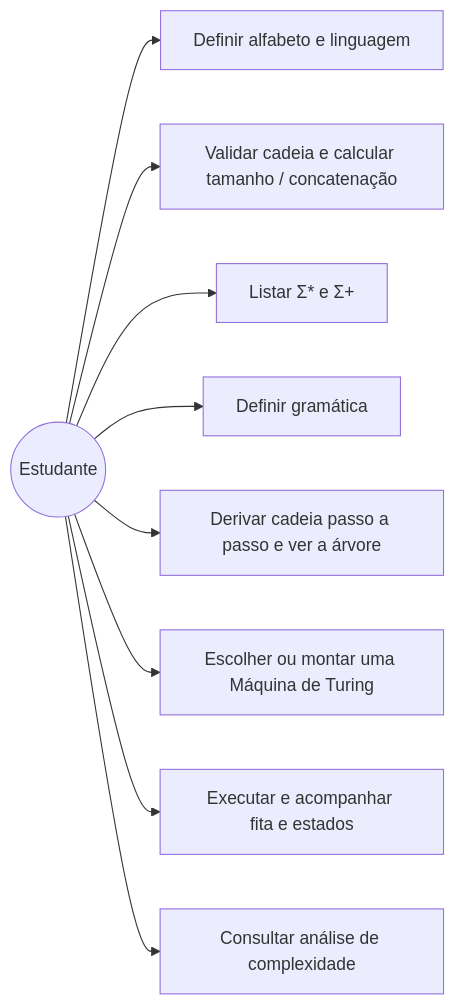
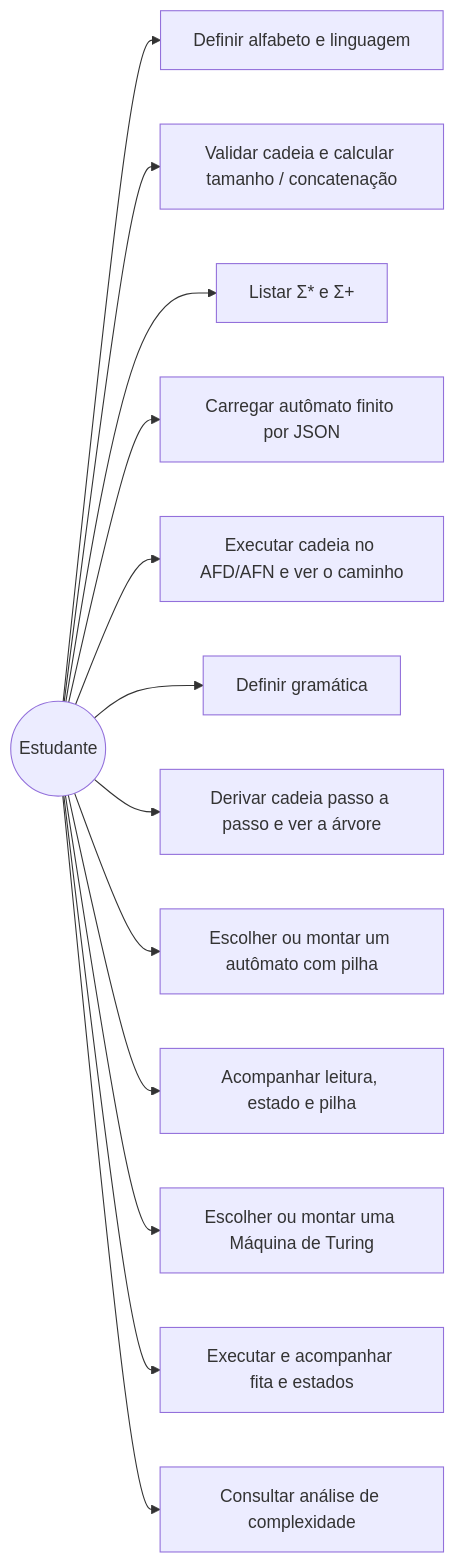
One commit to GustavoFHB/Trabalho-final changed the seventh of 7 diagrams in docs/ARQUITETURA.md. Above: the diagram before and after it, drawn with Mermaid. The commit also changed other lines of this file and 49 other files, not shown here.

````diff
--- a/docs/ARQUITETURA.md
+++ b/docs/ARQUITETURA.md
@@ -273,12 +425,16 @@
 ```mermaid
 flowchart LR
     E((Estudante))
     E --> UC1[Definir alfabeto e linguagem]
     E --> UC2[Validar cadeia e calcular tamanho / concatenação]
     E --> UC3[Listar Σ* e Σ+]
+    E --> UC9[Carregar autômato finito por JSON]
+    E --> UC10[Executar cadeia no AFD/AFN e ver o caminho]
     E --> UC4[Definir gramática]
     E --> UC5[Derivar cadeia passo a passo e ver a árvore]
+    E --> UC11[Escolher ou montar um autômato com pilha]
+    E --> UC12[Acompanhar leitura, estado e pilha]
     E --> UC6[Escolher ou montar uma Máquina de Turing]
     E --> UC7[Executar e acompanhar fita e estados]
     E --> UC8[Consultar análise de complexidade]
 ```
````
